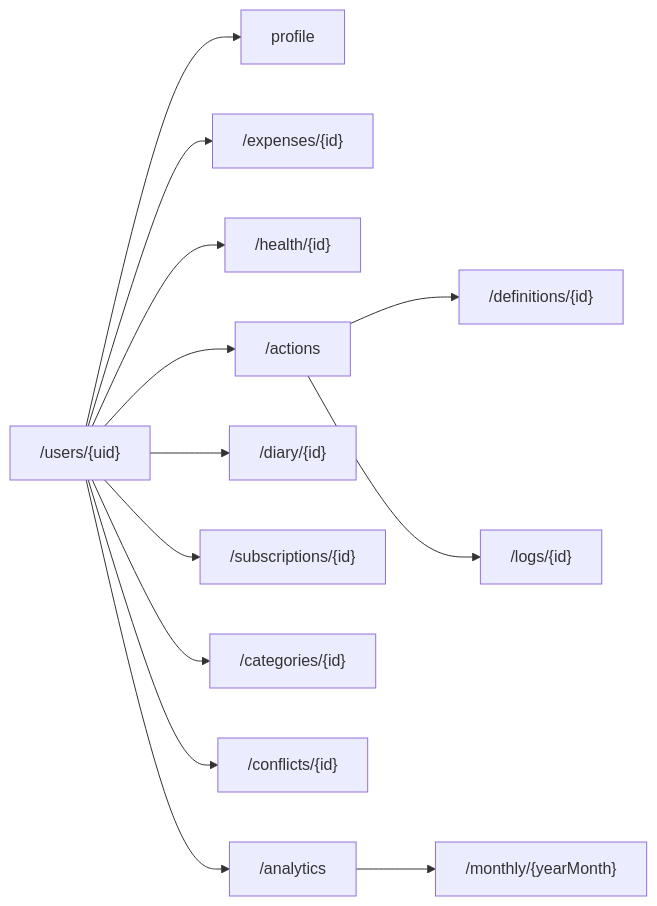
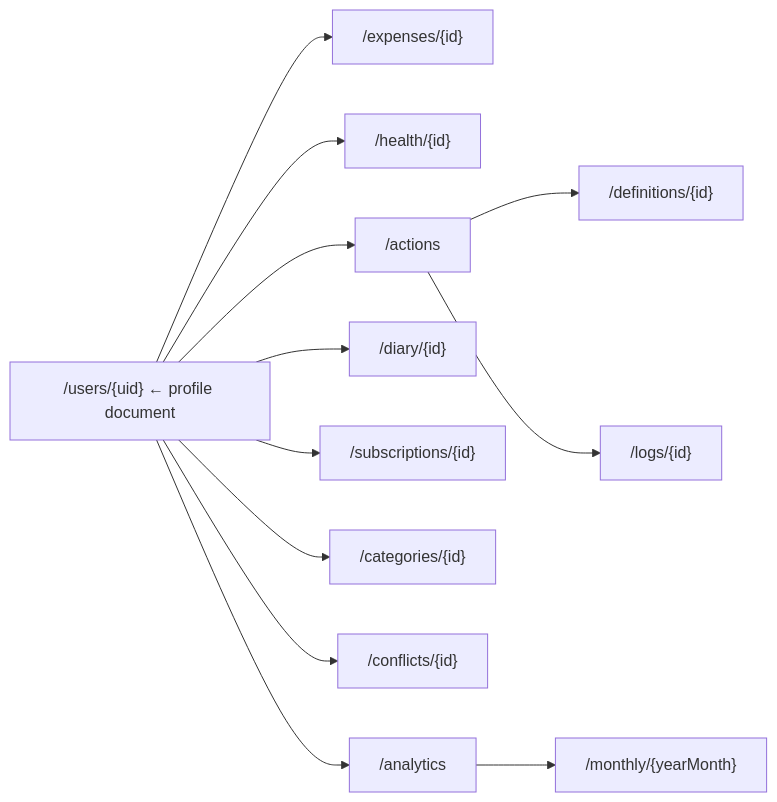
The second of 10 diagrams in docs/ARCHITECTURE.md (shadow-library/memoir-android), drawn with Mermaid before and after one commit. The commit also changed other lines of this file and 13 other files, not shown here.

````diff
--- a/docs/ARCHITECTURE.md
+++ b/docs/ARCHITECTURE.md
@@ -107,16 +109,15 @@
 ```mermaid
 graph LR
-    U["/users/{uid}"]
-    U --> PRO["profile"]
+    U["/users/{uid} ← profile document"]
     U --> EXP["/expenses/{id}"]
     U --> HLT["/health/{id}"]
     U --> ACT["/actions"]
     ACT --> ADF["/definitions/{id}"]
     ACT --> ALG["/logs/{id}"]
     U --> DRY["/diary/{id}"]
     U --> SUB["/subscriptions/{id}"]
     U --> CAT["/categories/{id}"]
     U --> CON["/conflicts/{id}"]
     U --> ANL["/analytics"]
     ANL --> MON["/monthly/{yearMonth}"]
 ```
````
